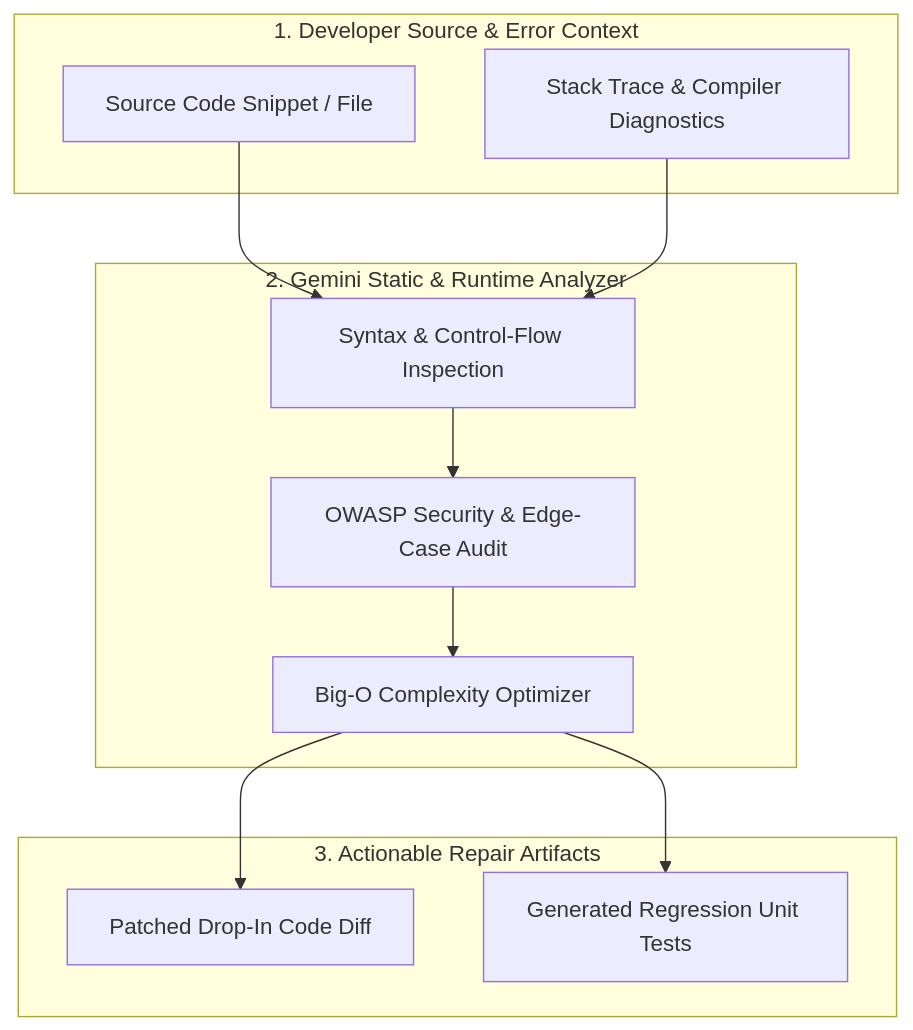
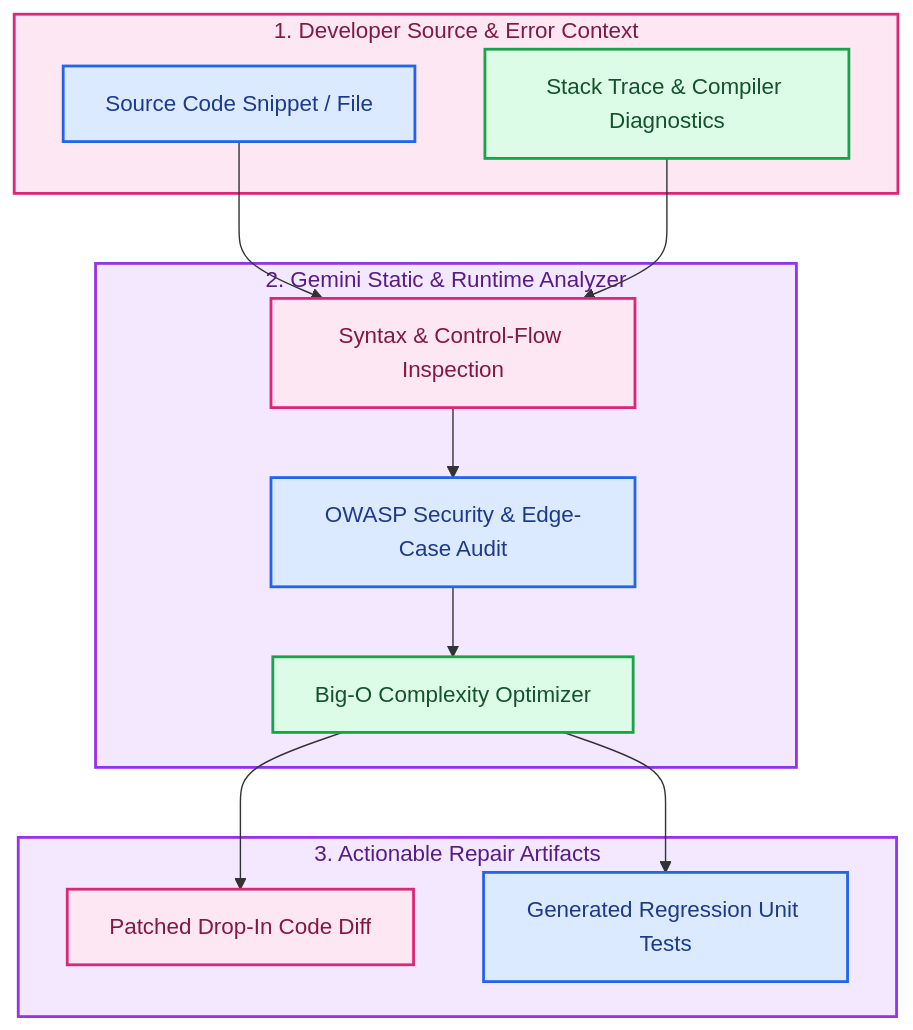
Before and after one commit to RobinaMirbahar/AI-CODE-DEBUGGER: the diagram in README.md, drawn with Mermaid. The commit also changed other lines of this file, not shown here.

Commit message:
docs: add 3-line Author & Companion Publication header, color-coded Mermaid diagram, and remove repetitive footer

````diff
--- a/README.md
+++ b/README.md
@@ -25,18 +25,28 @@
 ```mermaid
 flowchart TD
     subgraph Input ["1. Developer Source & Error Context"]
         I_Code["Source Code Snippet / File"]
         I_Err["Stack Trace & Compiler Diagnostics"]
     end
     subgraph Engine ["2. Gemini Static & Runtime Analyzer"]
         E_AST["Syntax & Control-Flow Inspection"]
         E_Sec["OWASP Security & Edge-Case Audit"]
         E_Opt["Big-O Complexity Optimizer"]
     end
     subgraph Output ["3. Actionable Repair Artifacts"]
         O_Patch["Patched Drop-In Code Diff"]
         O_Test["Generated Regression Unit Tests"]
     end
     I_Code & I_Err --> E_AST --> E_Sec --> E_Opt
     E_Opt --> O_Patch & O_Test
+    style Input fill:#fce7f3,stroke:#db2777,stroke-width:2px,color:#831843
+    style I_Code fill:#dbeafe,stroke:#2563eb,stroke-width:2px,color:#1e3a8a
+    style I_Err fill:#dcfce7,stroke:#16a34a,stroke-width:2px,color:#14532d
+    style Engine fill:#f3e8ff,stroke:#9333ea,stroke-width:2px,color:#581c87
+    style E_AST fill:#fce7f3,stroke:#db2777,stroke-width:2px,color:#831843
+    style E_Sec fill:#dbeafe,stroke:#2563eb,stroke-width:2px,color:#1e3a8a
+    style E_Opt fill:#dcfce7,stroke:#16a34a,stroke-width:2px,color:#14532d
+    style Output fill:#f3e8ff,stroke:#9333ea,stroke-width:2px,color:#581c87
+    style O_Patch fill:#fce7f3,stroke:#db2777,stroke-width:2px,color:#831843
+    style O_Test fill:#dbeafe,stroke:#2563eb,stroke-width:2px,color:#1e3a8a
 ```
````
